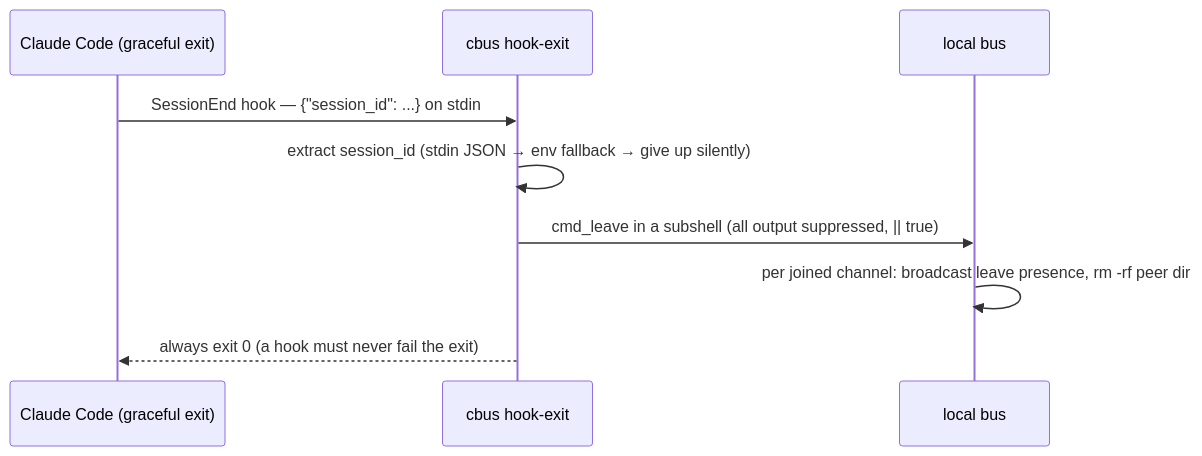
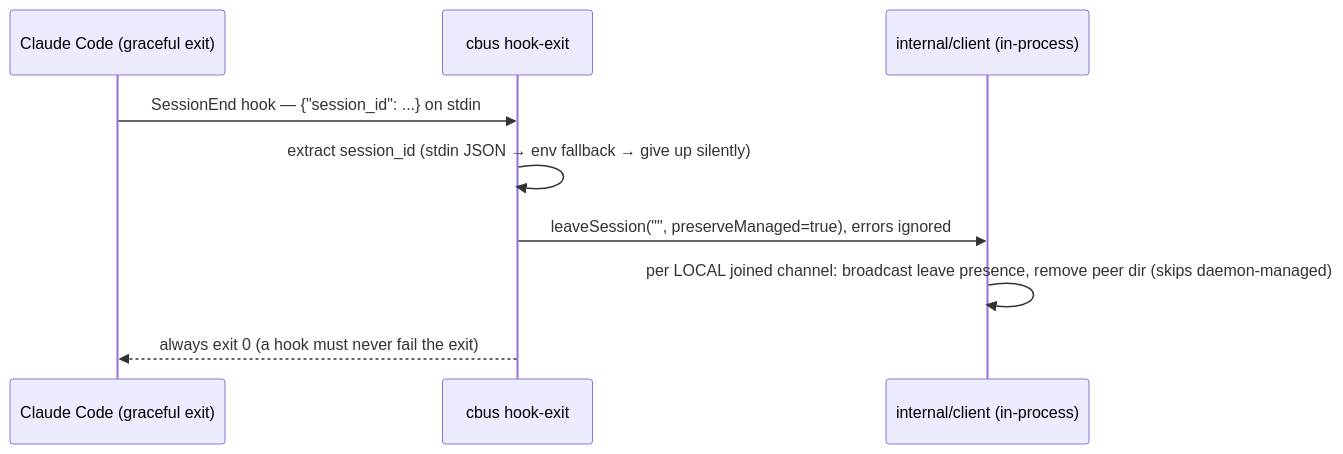
One commit to cumanzor/claudebus changed the fourth of 6 diagrams in docs/architecture/command-reference.md. Above: the diagram before and after it, drawn with Mermaid. The commit also changed other lines of this file and 2 other files, not shown here.

First line of the commit message:
docs: correct architecture reference against v0.14.1 findings (part 2/3)

````diff
--- a/docs/architecture/command-reference.md
+++ b/docs/architecture/command-reference.md
@@ -1166,11 +1248,11 @@
 ```mermaid
 sequenceDiagram
     participant CC as Claude Code (graceful exit)
     participant H as cbus hook-exit
-    participant B as local bus
+    participant B as internal/client (in-process)
     CC->>H: SessionEnd hook — {"session_id": ...} on stdin
     H->>H: extract session_id (stdin JSON → env fallback → give up silently)
-    H->>B: cmd_leave in a subshell (all output suppressed, || true)
-    B->>B: per joined channel: broadcast leave presence, rm -rf peer dir
+    H->>B: leaveSession("", preserveManaged=true), errors ignored
+    B->>B: per LOCAL joined channel: broadcast leave presence, remove peer dir (skips daemon-managed)
     H-->>CC: always exit 0 (a hook must never fail the exit)
 ```
````
